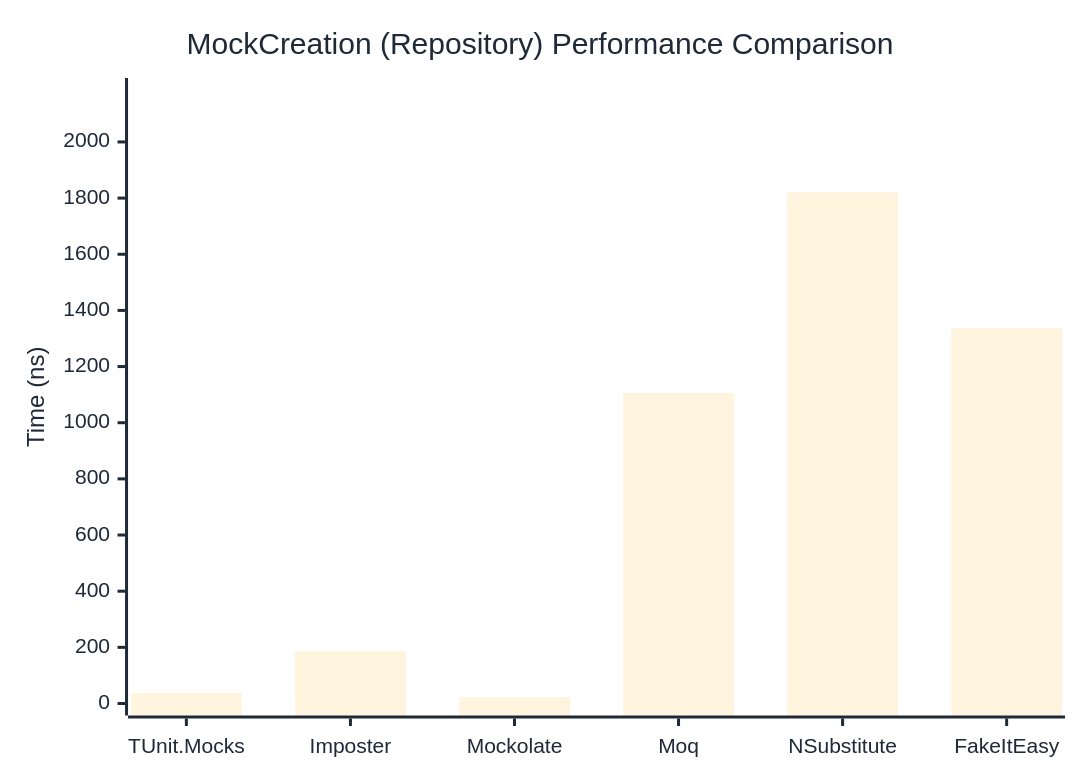
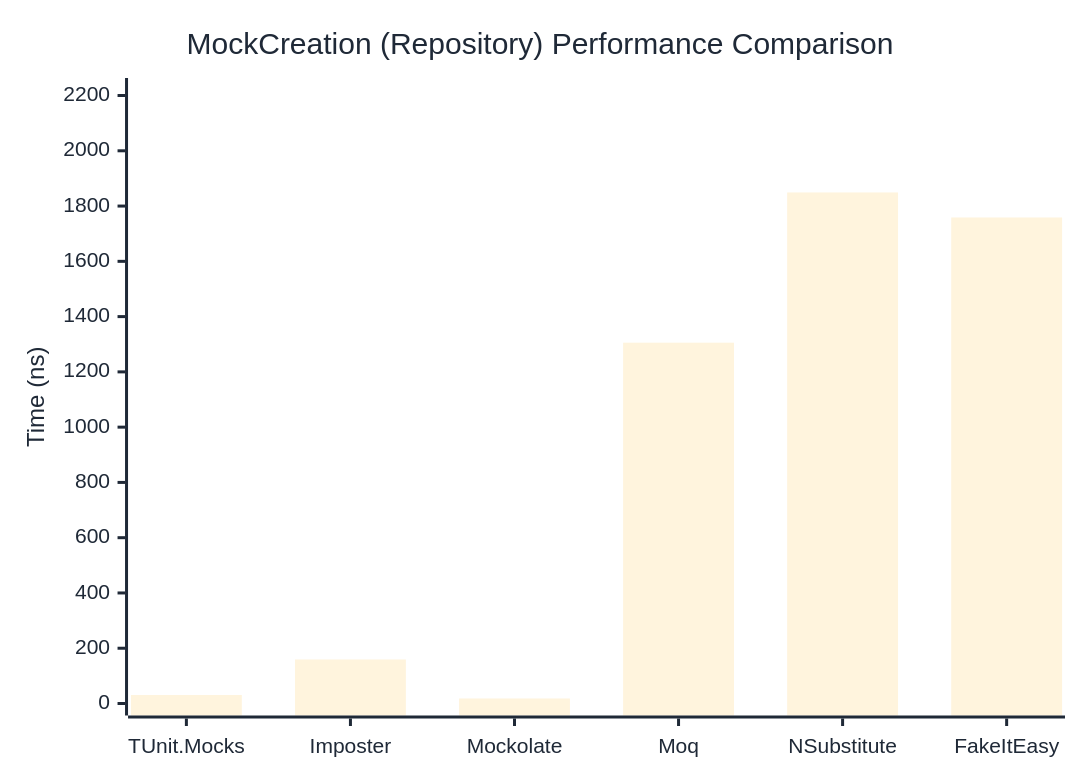
The second of 2 diagrams in docs/docs/benchmarks/mocks/MockCreation.md (thomhurst/TUnit), drawn with Mermaid before and after one commit. The commit also changed other lines of this file and 14 other files, not shown here.

````diff
--- a/docs/docs/benchmarks/mocks/MockCreation.md
+++ b/docs/docs/benchmarks/mocks/MockCreation.md
@@ -71,27 +71,27 @@
 ```mermaid
 %%{init: {
   'theme':'base',
   'themeVariables': {
     'primaryColor': '#2563eb',
     'primaryTextColor': '#1f2937',
     'primaryBorderColor': '#1e40af',
     'lineColor': '#6b7280',
     'secondaryColor': '#7c3aed',
     'tertiaryColor': '#dc2626',
     'background': '#ffffff',
     'pie1': '#2563eb',
     'pie2': '#7c3aed',
     'pie3': '#dc2626',
     'pie4': '#f59e0b',
     'pie5': '#10b981',
     'pie6': '#06b6d4',
     'pie7': '#ec4899',
     'pie8': '#6366f1'
   }
 }}%%
 xychart-beta
   title "MockCreation (Repository) Performance Comparison"
   x-axis ["TUnit.Mocks", "Imposter", "Mockolate", "Moq", "NSubstitute", "FakeItEasy"]
-  y-axis "Time (ns)" 0 --> 2185
-  bar [36.88, 185.85, 22.83, 1106.32, 1820.19, 1336.15]
+  y-axis "Time (ns)" 0 --> 2220
+  bar [30.79, 159.34, 18.18, 1305.64, 1849.25, 1758.74]
 ```
````
